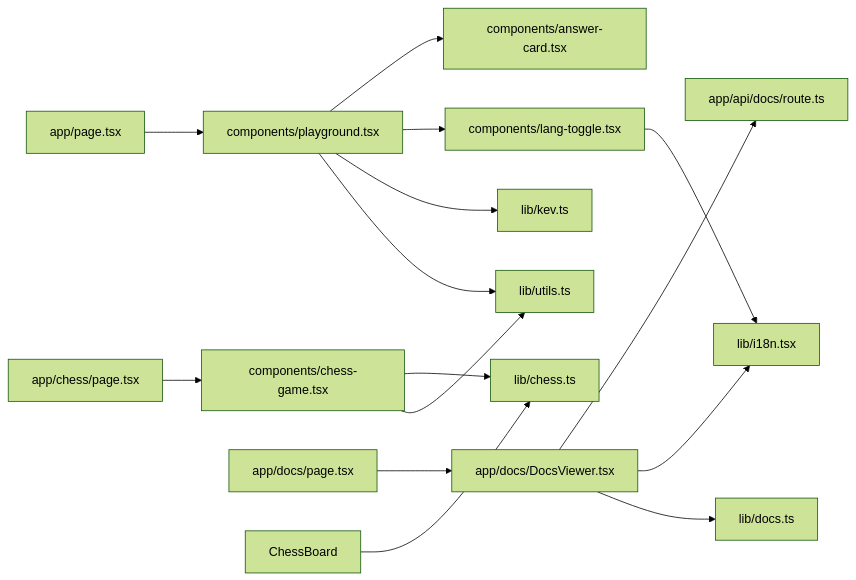
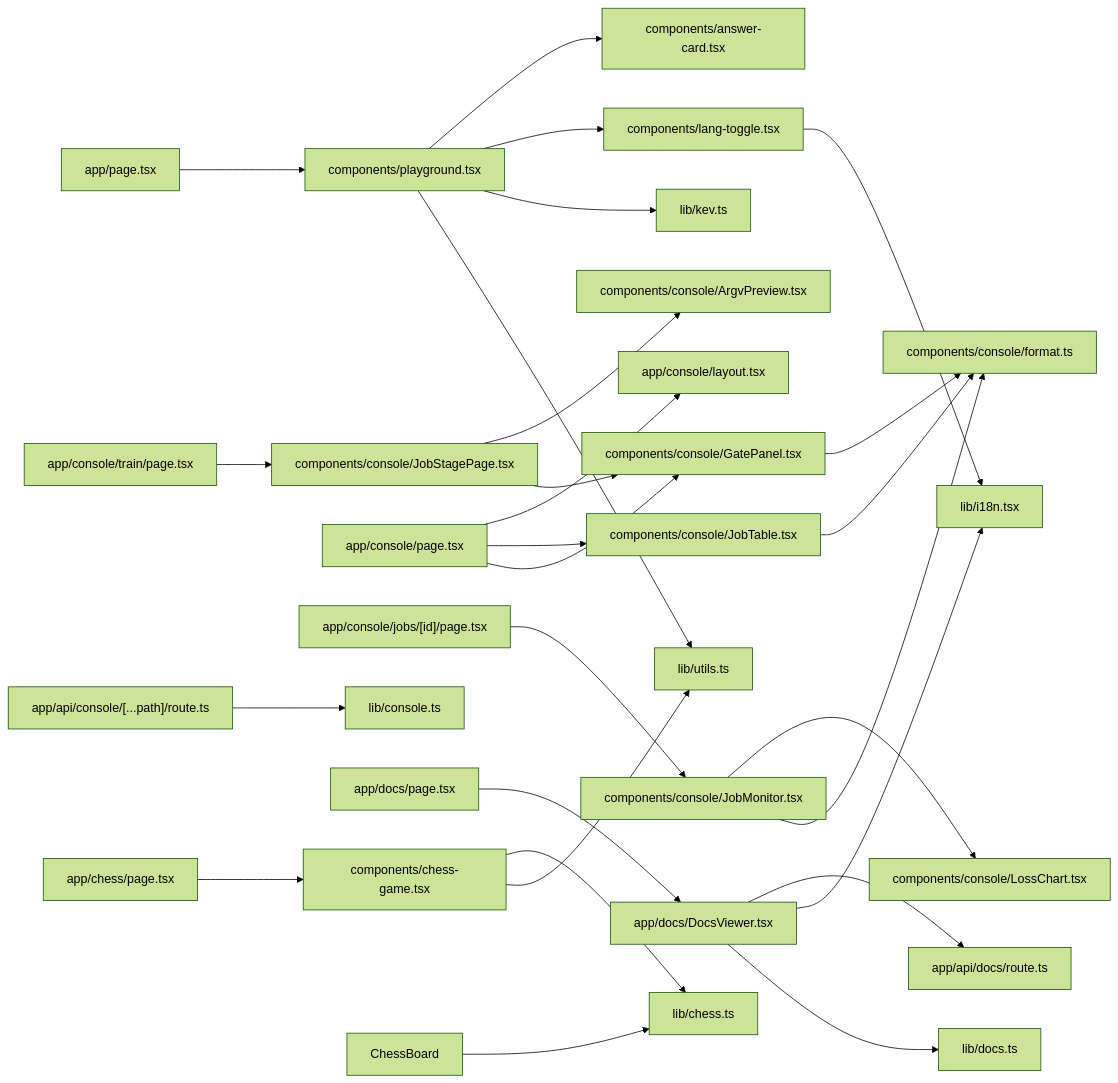
Before and after one commit to joezxh/kev: the sixth of 6 diagrams in .qoder/repowiki/zh/content/Playground 界面.md, drawn with Mermaid (forest theme). The commit also changed other lines of this file and 70 other files, not shown here.

````diff
--- a/.qoder/repowiki/zh/content/Playground 界面.md
+++ b/.qoder/repowiki/zh/content/Playground 界面.md
@@ -406,17 +642,29 @@
 ```mermaid
 graph LR
 Page["app/page.tsx"] --> Playground["components/playground.tsx"]
 ChessPage["app/chess/page.tsx"] --> ChessGame["components/chess-game.tsx"]
+ConsolePage["app/console/page.tsx"] --> ConsoleLayout["app/console/layout.tsx"]
+ConsolePage --> JobTable["components/console/JobTable.tsx"]
+ConsolePage --> GatePanel["components/console/GatePanel.tsx"]
+JobDetail["app/console/jobs/[id]/page.tsx"] --> JobMonitor["components/console/JobMonitor.tsx"]
+TrainPage["app/console/train/page.tsx"] --> JobStagePage["components/console/JobStagePage.tsx"]
 DocsPage["app/docs/page.tsx"] --> DocsViewer["app/docs/DocsViewer.tsx"]
 DocsViewer --> DocsAPI["app/api/docs/route.ts"]
+ConsoleAPI["app/api/console/[...path]/route.ts"] --> ConsoleClient["lib/console.ts"]
 Playground --> AnswerCard["components/answer-card.tsx"]
 Playground --> LangToggle["components/lang-toggle.tsx"]
 Playground --> KevClient["lib/kev.ts"]
 ChessGame --> ChessLib["lib/chess.ts"]
 ChessBoard --> ChessLib
 Playground --> Utils["lib/utils.ts"]
 ChessGame --> Utils
 DocsViewer --> I18n["lib/i18n.tsx"]
 DocsViewer --> DocsLib["lib/docs.ts"]
 LangToggle --> I18n
+JobMonitor --> LossChart["components/console/LossChart.tsx"]
+JobMonitor --> Format["components/console/format.ts"]
+JobTable --> Format
+GatePanel --> Format
+JobStagePage --> ArgvPreview["components/console/ArgvPreview.tsx"]
+JobStagePage --> GatePanel
 ```
````
